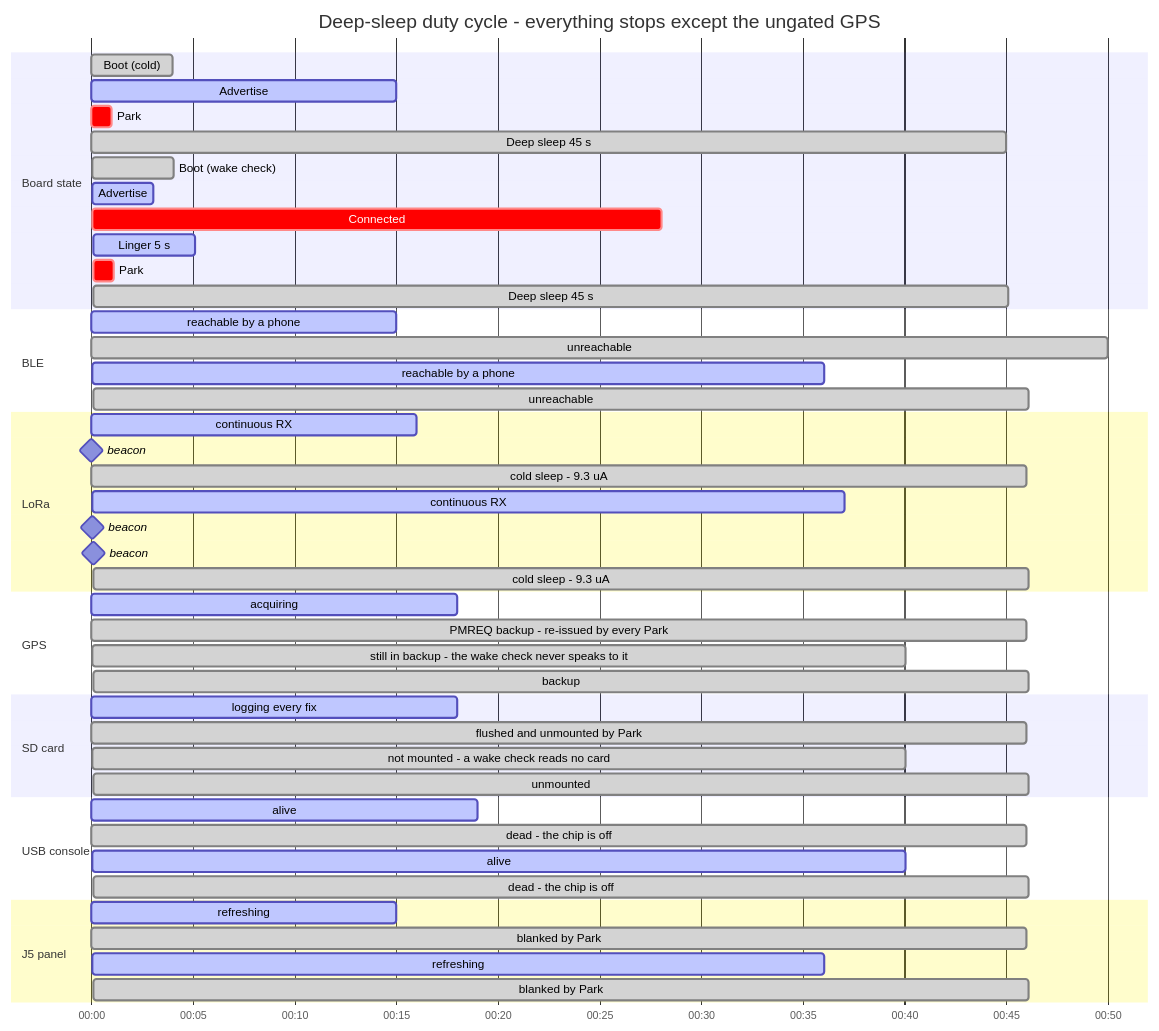
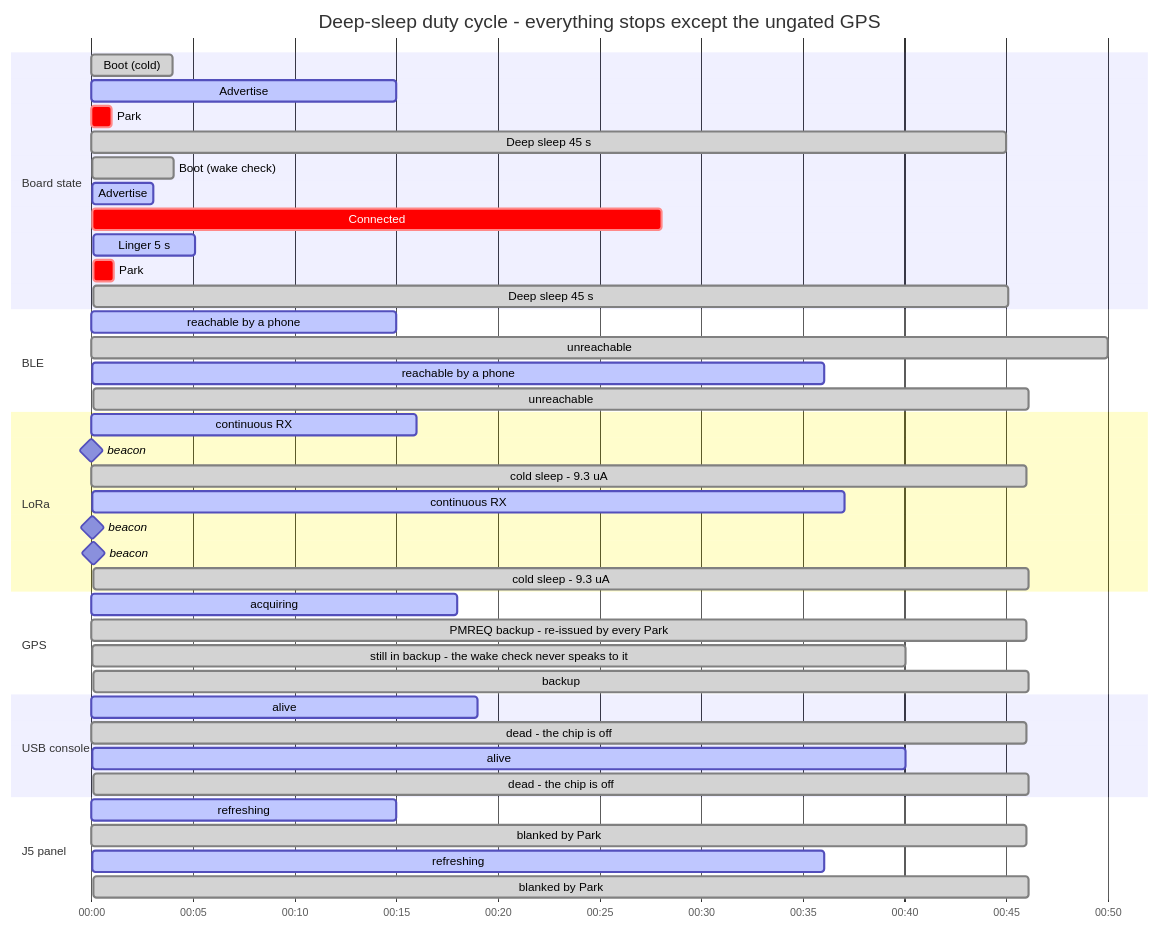
One commit to Telemety-In-Midair/telemetry-in-midair-rs changed the tenth of 13 diagrams in ARCHITECTURE.md. Above: the diagram before and after it, drawn with Mermaid. The commit also changed other lines of this file and 16 other files, not shown here.

````diff
--- a/ARCHITECTURE.md
+++ b/ARCHITECTURE.md
@@ -836,57 +837,51 @@
 ```mermaid
 gantt
     title Deep-sleep duty cycle - everything stops except the ungated GPS
     dateFormat X
     axisFormat %M:%S
 
     section Board state
     Boot (cold)             :done,   t1, 0, 4s
     Advertise               :active, t2, 4, 15s
     Park                    :crit,   t3, 19, 1s
     Deep sleep 45 s         :done,   t4, 20, 45s
     Boot (wake check)       :done,   t5, 65, 4s
     Advertise               :active, t6, 69, 3s
     Connected               :crit,   t7, 72, 28s
     Linger 5 s              :active, t8, 100, 5s
     Park                    :crit,   t9, 105, 1s
     Deep sleep 45 s         :done,   t10, 106, 45s
 
     section BLE
     reachable by a phone    :active, c1, 4, 15s
     unreachable             :done,   c2, 19, 50s
     reachable by a phone    :active, c3, 69, 36s
     unreachable             :done,   c4, 105, 46s
 
     section LoRa
     continuous RX           :active, q1, 3, 16s
     beacon                  :milestone, q2, 5, 0s
     cold sleep - 9.3 uA     :done,  q3, 19, 46s
     continuous RX           :active, q4, 68, 37s
     beacon                  :milestone, q5, 70, 0s
     beacon                  :milestone, q6, 90, 0s
     cold sleep - 9.3 uA     :done,  q7, 105, 46s
 
     section GPS
     acquiring     :active, p1, 1, 18s
     PMREQ backup - re-issued by every Park :done, p2, 19, 46s
     still in backup - the wake check never speaks to it :done, p3, 65, 40s
     backup        :done, p4, 105, 46s
 
-    section SD card
-    logging every fix       :active, e1, 1, 18s
-    flushed and unmounted by Park :done, e2, 19, 46s
-    not mounted - a wake check reads no card :done, e3, 65, 40s
-    unmounted               :done,   e4, 105, 46s
-
     section USB console
     alive                   :active, v1, 0, 19s
     dead - the chip is off  :done,   v2, 19, 46s
     alive                   :active, v3, 65, 40s
     dead - the chip is off  :done,   v4, 105, 46s
 
     section J5 panel
     refreshing              :active, n1, 4, 15s
     blanked by Park         :done,   n2, 19, 46s
     refreshing              :active, n3, 69, 36s
     blanked by Park         :done,   n4, 105, 46s
 ```
````
